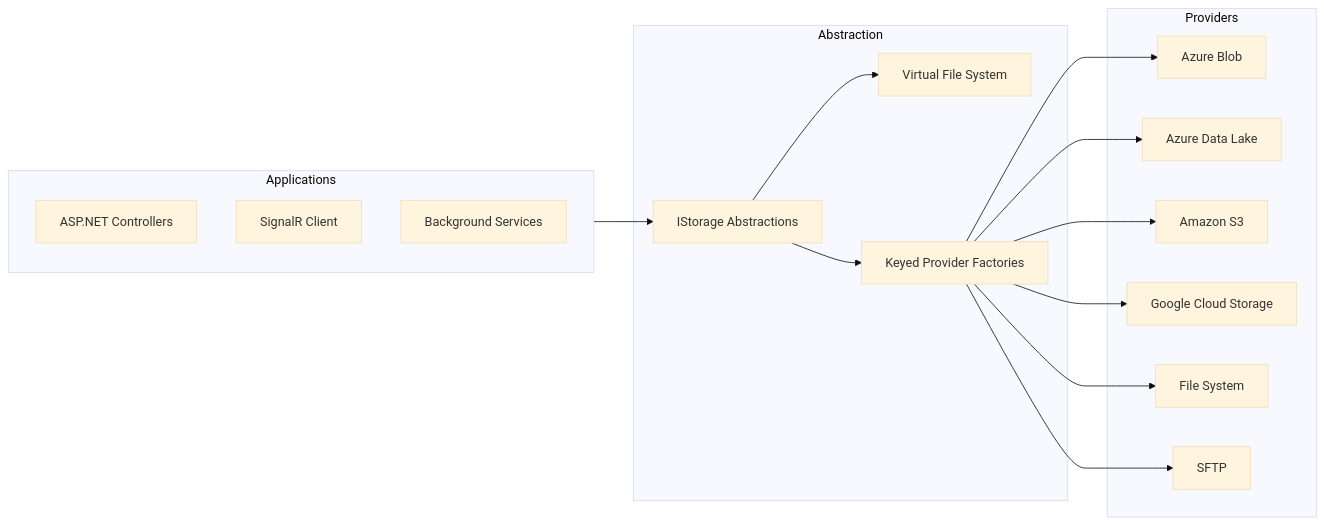
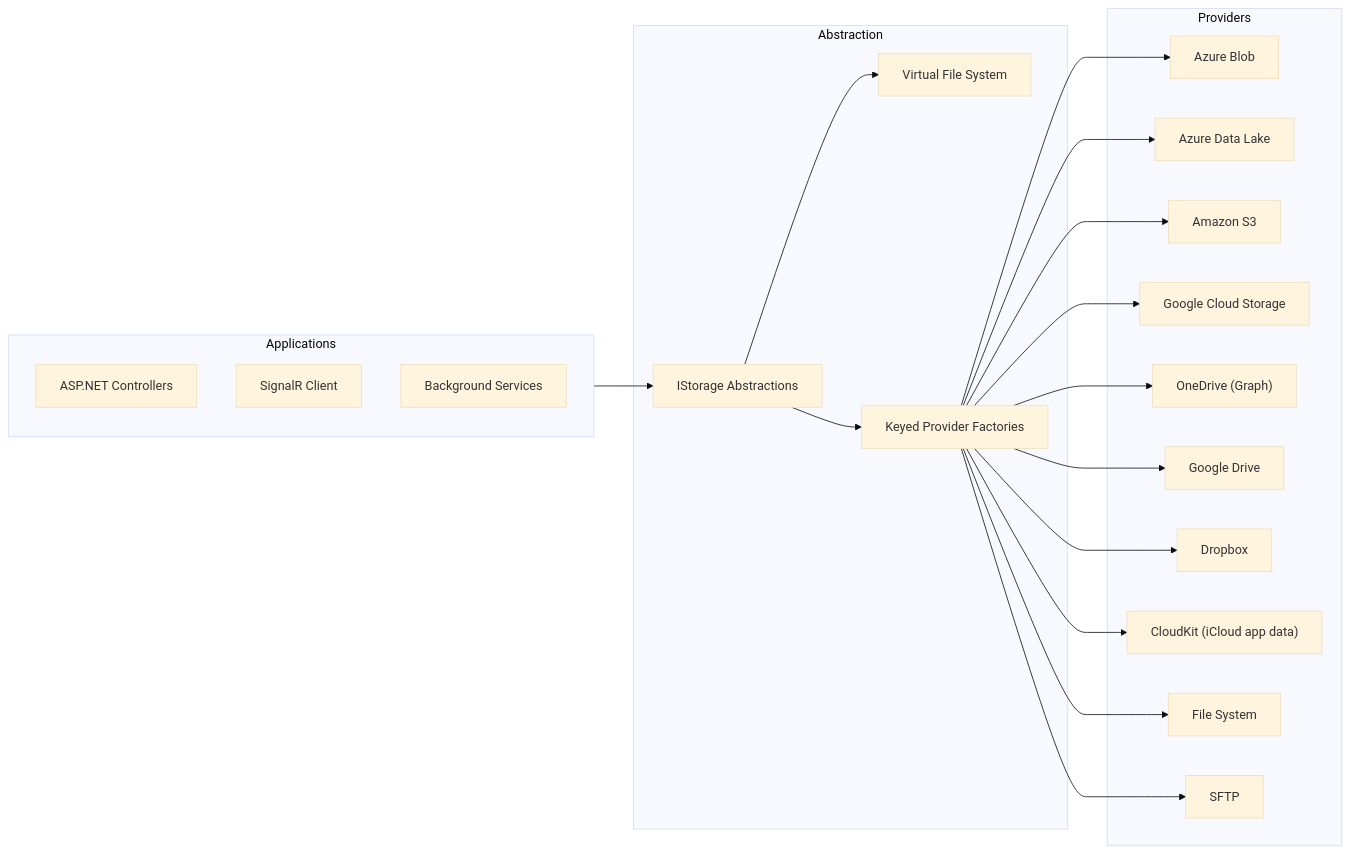
The first of 2 diagrams in README.md (managedcode/Storage), drawn with Mermaid (base theme) before and after one commit. The commit also changed other lines of this file and 167 other files, not shown here.

````diff
--- a/README.md
+++ b/README.md
@@ -69,33 +386,41 @@
 ```mermaid
 flowchart LR
     subgraph Applications
         API["ASP.NET Controllers"]
         SignalRClient["SignalR Client"]
         Workers["Background Services"]
     end
 
     subgraph Abstraction
         Core["IStorage Abstractions"]
         VFS["Virtual File System"]
         Factories["Keyed Provider Factories"]
     end
 
     subgraph Providers
         Azure["Azure Blob"]
         AzureDL["Azure Data Lake"]
         Aws["Amazon S3"]
         Gcp["Google Cloud Storage"]
+        OneDrive["OneDrive (Graph)"]
+        GoogleDrive["Google Drive"]
+        Dropbox["Dropbox"]
+        CloudKit["CloudKit (iCloud app data)"]
         Fs["File System"]
         Sftp["SFTP"]
     end
 
     Applications --> Core
     Core --> VFS
     Core --> Factories
     Factories --> Azure
     Factories --> AzureDL
     Factories --> Aws
     Factories --> Gcp
+    Factories --> OneDrive
+    Factories --> GoogleDrive
+    Factories --> Dropbox
+    Factories --> CloudKit
     Factories --> Fs
     Factories --> Sftp
 ```
````
